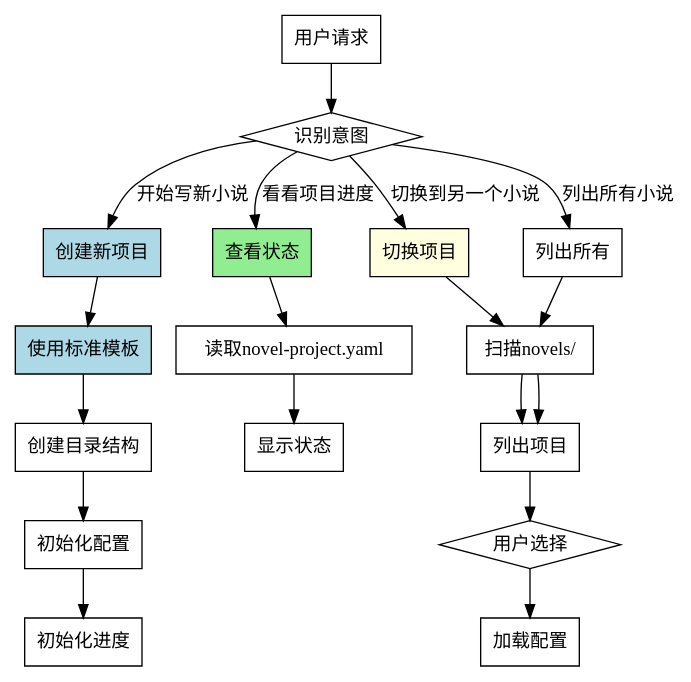
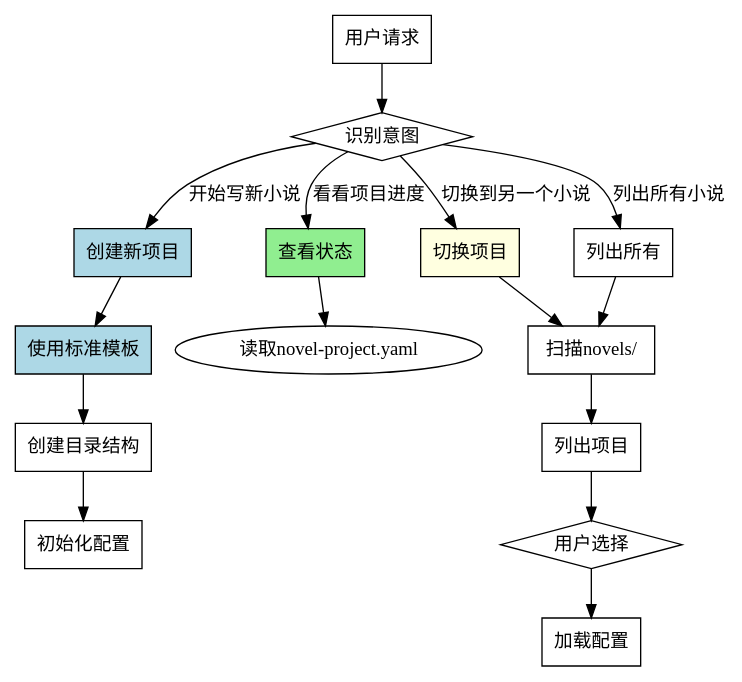
Before and after one commit to llklkl/novel: the diagram in .opencode/skills/novel-project/SKILL.md, drawn with Graphviz. The commit also changed other lines of this file and 19 other files, not shown here.

````diff
--- a/.opencode/skills/novel-project/SKILL.md
+++ b/.opencode/skills/novel-project/SKILL.md
@@ -36,44 +30,37 @@
 ```dot
 digraph novel_project {
     rankdir=TB;
     
     "用户请求" [shape=box];
     "识别意图" [shape=diamond];
     "创建新项目" [shape=box, style=filled, fillcolor=lightblue];
     "切换项目" [shape=box, style=filled, fillcolor=lightyellow];
     "查看状态" [shape=box, style=filled, fillcolor=lightgreen];
     "列出所有" [shape=box];
     "使用标准模板" [shape=box, style=filled, fillcolor=lightblue];
     "创建目录结构" [shape=box];
     "初始化配置" [shape=box];
-    "初始化进度" [shape=box];
     "扫描novels/" [shape=box];
     "列出项目" [shape=box];
     "用户选择" [shape=diamond];
     "加载配置" [shape=box];
-    "读取novel-project.yaml" [shape=box];
-    "显示状态" [shape=box];
     
     "用户请求" -> "识别意图";
     "识别意图" -> "创建新项目" [label="开始写新小说"];
     "识别意图" -> "切换项目" [label="切换到另一个小说"];
     "识别意图" -> "查看状态" [label="看看项目进度"];
     "识别意图" -> "列出所有" [label="列出所有小说"];
     
     "创建新项目" -> "使用标准模板";
     "使用标准模板" -> "创建目录结构";
     "创建目录结构" -> "初始化配置";
-    "初始化配置" -> "初始化进度";
     
     "切换项目" -> "扫描novels/";
     "扫描novels/" -> "列出项目";
     "列出项目" -> "用户选择";
     "用户选择" -> "加载配置";
     
     "查看状态" -> "读取novel-project.yaml";
-    "读取novel-project.yaml" -> "显示状态";
-    
     "列出所有" -> "扫描novels/";
-    "扫描novels/" -> "列出项目";
 }
 ```
````
